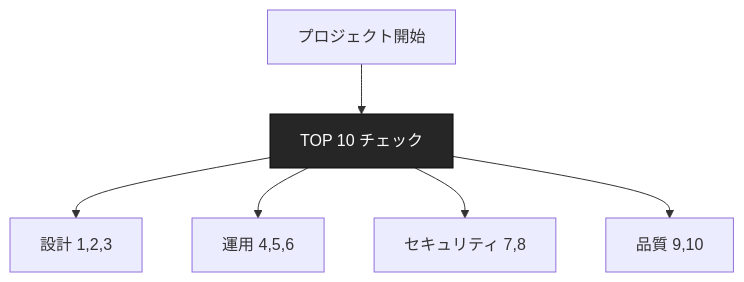
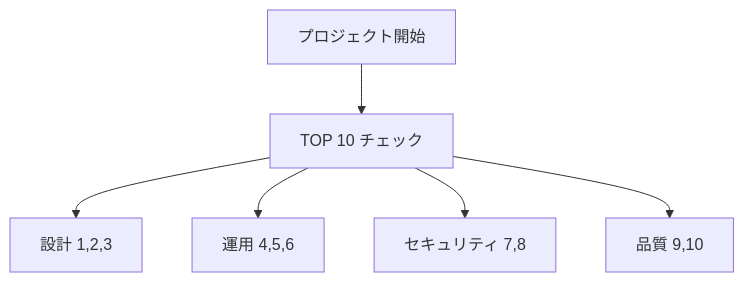
The second of 2 diagrams in docs/patterns/llm-開発で避けるべき落とし穴-top-10.md (dinekt/dinekt-wiki), drawn with Mermaid before and after one commit. The commit also changed 70 other files, not shown here.

First line of the commit message:
fix(mermaid): strip all inline styling, rely on theme

````diff
--- a/docs/patterns/llm-開発で避けるべき落とし穴-top-10.md
+++ b/docs/patterns/llm-開発で避けるべき落とし穴-top-10.md
@@ -124,10 +124,9 @@
 ```mermaid
 flowchart TD
     L[プロジェクト開始] --> CK[TOP 10 チェック]
     CK --> D[設計 1,2,3]
     CK --> O[運用 4,5,6]
     CK --> S[セキュリティ 7,8]
     CK --> Q[品質 9,10]
 
-    style CK fill:#262626,color:#fff,stroke:#0a0a0a
 ```
````
